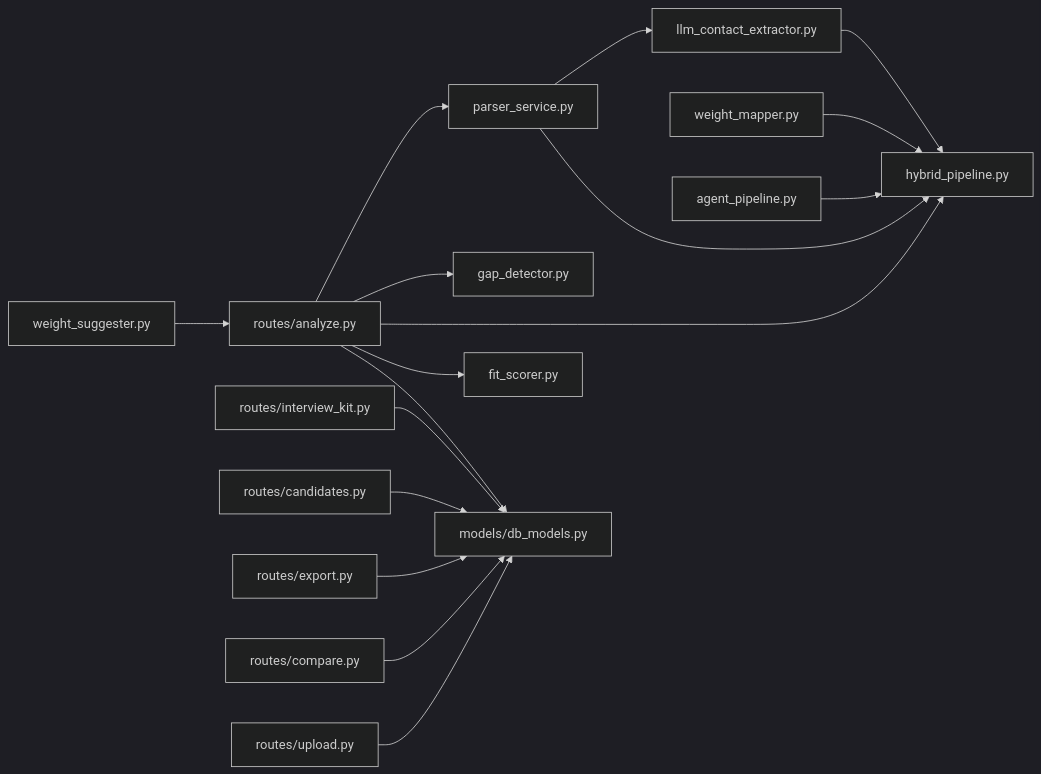
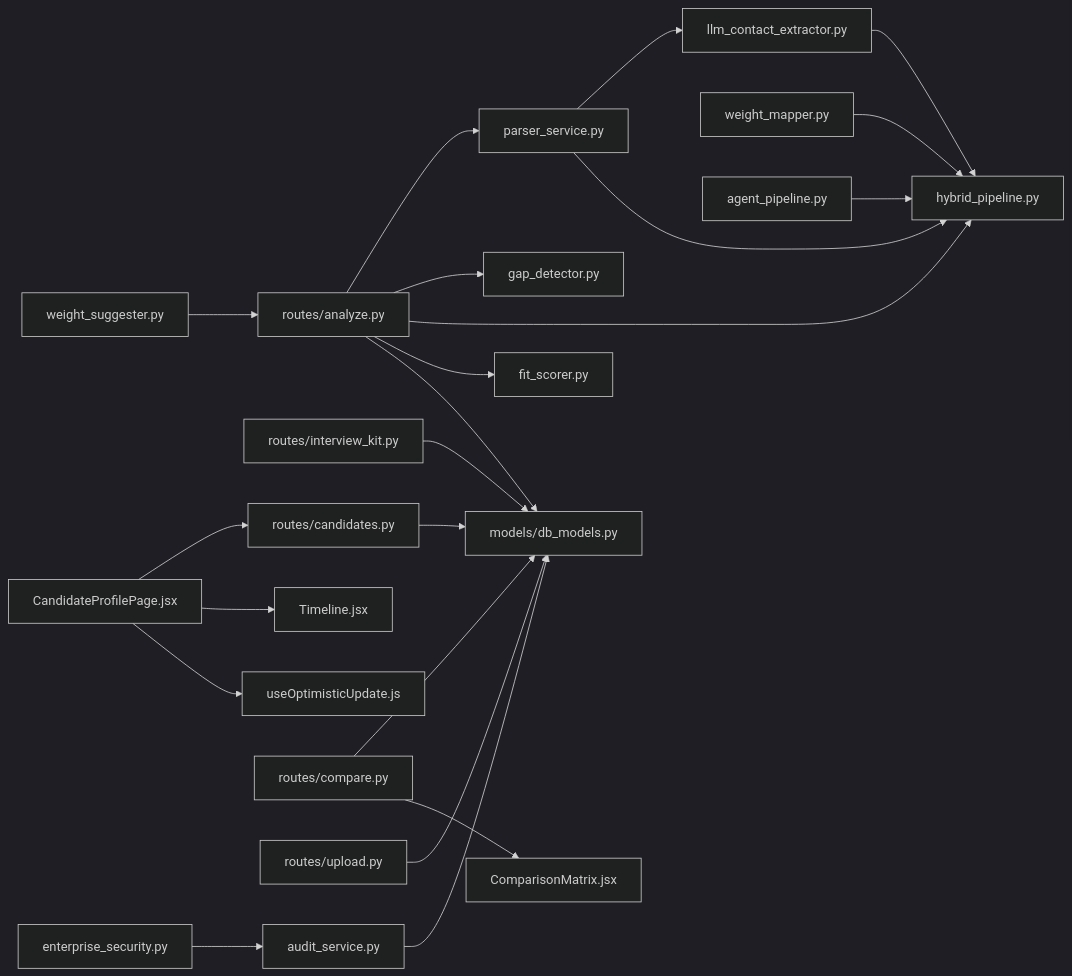
Before and after one commit to Revanththetalogics/aireume: diagram 22 of 22 in .qoder/repowiki/en/content/Candidate Management/Candidate Management.md, drawn with Mermaid (dark theme). The commit also changed other lines of this file and 14 other files, not shown here.

````diff
--- a/.qoder/repowiki/en/content/Candidate Management/Candidate Management.md
+++ b/.qoder/repowiki/en/content/Candidate Management/Candidate Management.md
@@ -1087,19 +1223,24 @@
 ```mermaid
 graph LR
 PS["parser_service.py"] --> LCE["llm_contact_extractor.py"]
 PS --> HP["hybrid_pipeline.py"]
 LCE --> HP
 WM["weight_mapper.py"] --> HP
 WS["weight_suggester.py"] --> RA["routes/analyze.py"]
 RA --> PS
 RA --> GD["gap_detector.py"]
 RA --> HP
 RA --> FS["fit_scorer.py"]
 RA --> DBM["models/db_models.py"]
 RIK["routes/interview_kit.py"] --> DBM
 RC["routes/candidates.py"] --> DBM
-RE["routes/export.py"] --> DBM
+RCPP["CandidateProfilePage.jsx"] --> RC
+RCPP --> TL["Timeline.jsx"]
+RCPP --> OU["useOptimisticUpdate.js"]
 RCM["routes/compare.py"] --> DBM
+RCM --> CM["ComparisonMatrix.jsx"]
 RU["routes/upload.py"] --> DBM
 AP["agent_pipeline.py"] --> HP
+AUD["audit_service.py"] --> DBM
+ES["enterprise_security.py"] --> AUD
 ```
````
